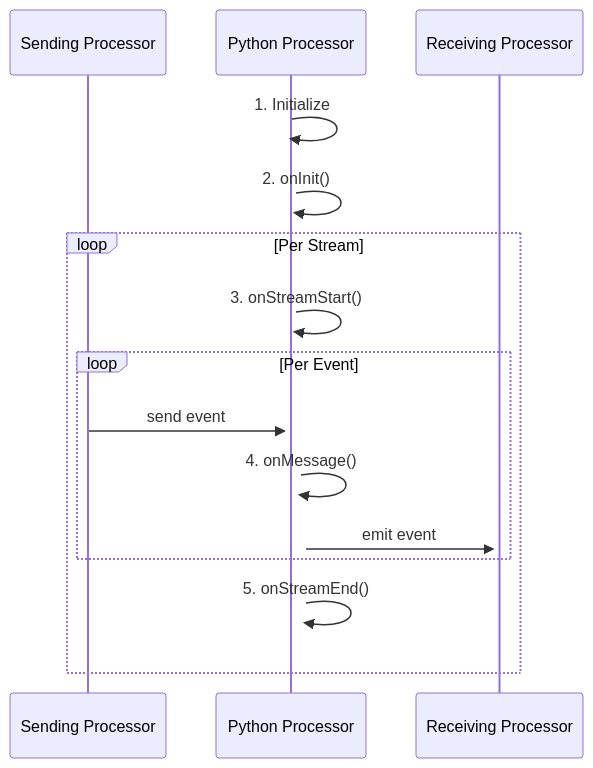
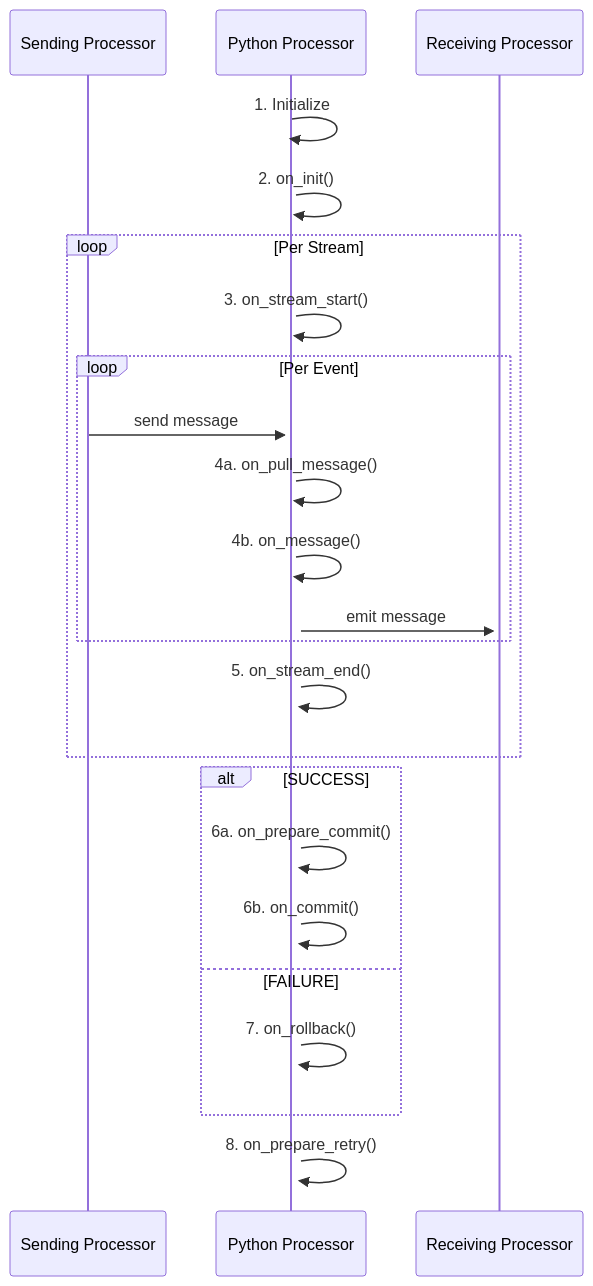
One commit to layline-io/layline-doc changed the diagram in docs/04-language-reference/python/01-python_introduction.md. Above: the diagram before and after it, drawn with Mermaid. The commit also changed other lines of this file and 2 other files, not shown here.

Commit message:
Refactor JavaScript and Python documentation to standardize method naming conventions and enhance lifecycle explanations; introduce new hooks for message handling and transaction management.

````diff
--- a/docs/04-language-reference/python/01-python_introduction.md
+++ b/docs/04-language-reference/python/01-python_introduction.md
@@ -60,18 +60,27 @@
 ```mermaid
 sequenceDiagram
     participant Send as Sending Processor
     participant PY as Python Processor
     participant Receive as Receiving Processor
     
     PY->>+PY: 1. Initialize
-    PY->>PY: 2. onInit()
+    PY->>PY: 2. on_init()
     loop Per Stream
-    PY->>PY: 3. onStreamStart()
+    PY->>PY: 3. on_stream_start()
     loop Per Event
-        Send->>+PY: send event
-        PY->>+PY: 4. onMessage()
-        PY->>+Receive: emit event
+        Send->>PY: send message
+            PY->>PY: 4a. on_pull_message()
+            PY->>+PY: 4b. on_message()
+        PY->>+Receive: emit message
     end
-    PY->>PY: 5. onStreamEnd()
+    PY->>PY: 5. on_stream_end()
     end
+    alt SUCCESS
+        PY->>PY: 6a. on_prepare_commit()
+        PY->>PY: 6b. on_commit()
+    else FAILURE
+        PY->>PY: 7. on_rollback()
+    end
+    PY->>PY: 8. on_prepare_retry()
+
 ```
````
